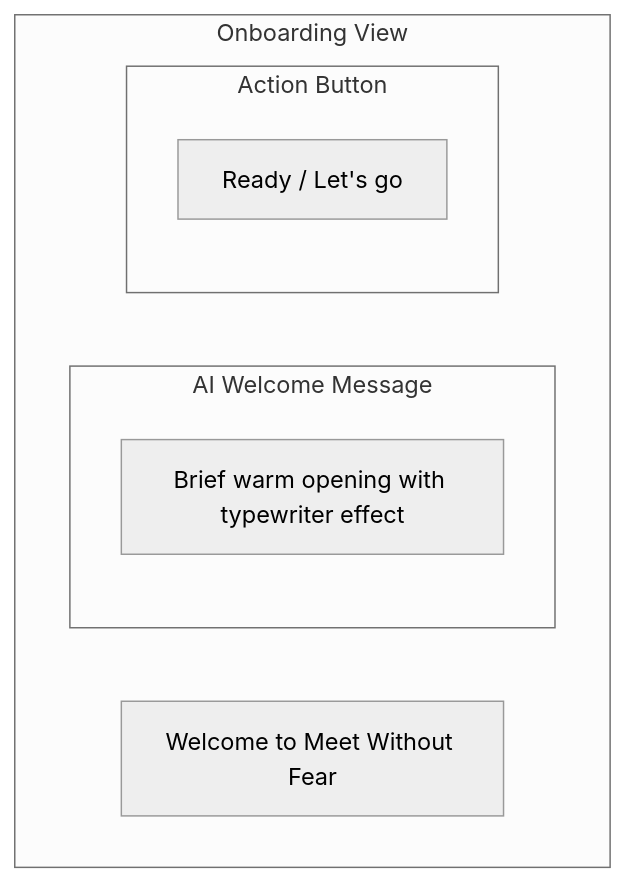
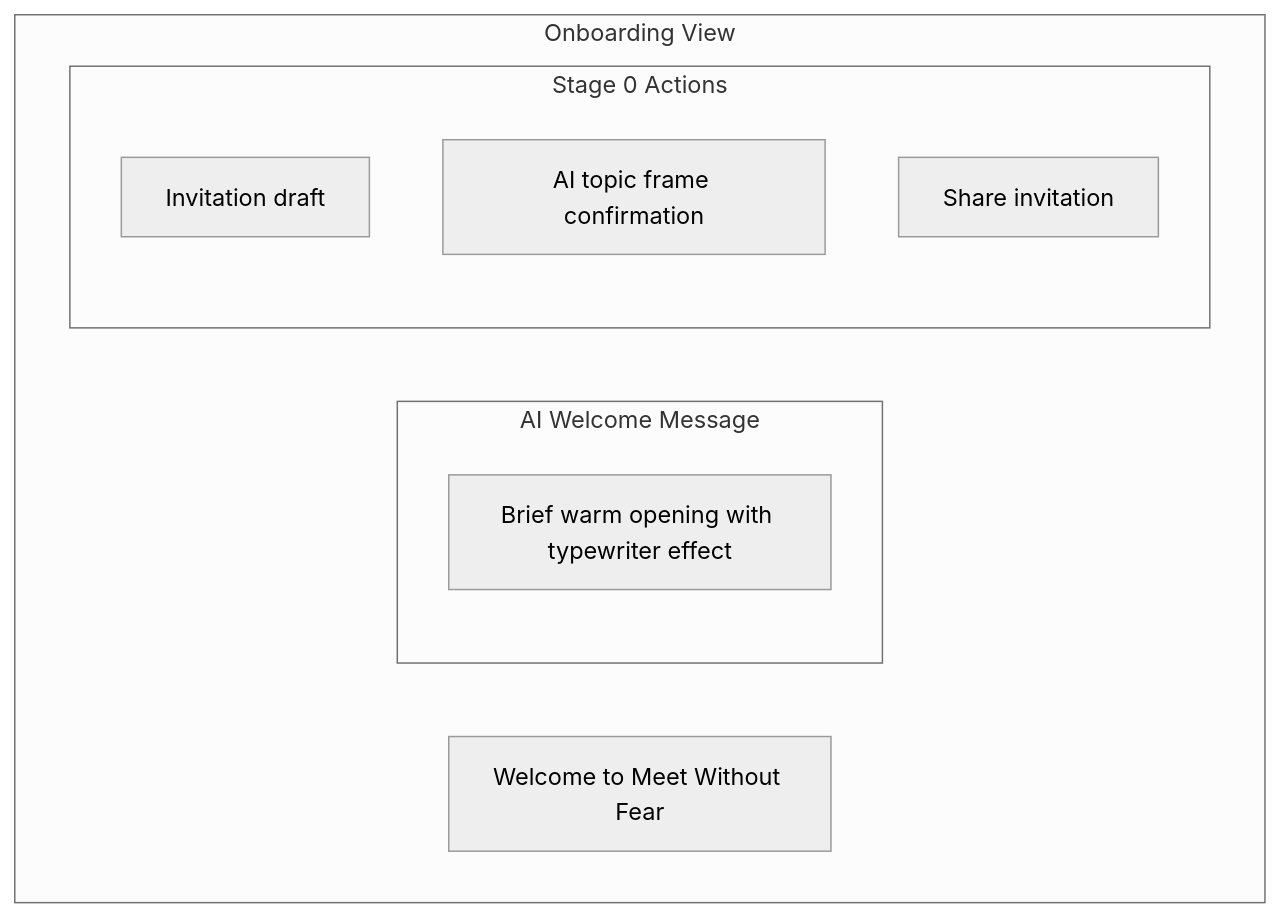
One commit to shantamg/meet-without-fear changed the fourth of 11 diagrams in docs/mobile/wireframes/chat-interface.md. Above: the diagram before and after it, drawn with Mermaid (neutral theme). The commit also changed other lines of this file and 10 other files, not shown here.

Commit message:
docs(topic-frame): address doc impact check

````diff
--- a/docs/mobile/wireframes/chat-interface.md
+++ b/docs/mobile/wireframes/chat-interface.md
@@ -85,14 +85,16 @@
 ```mermaid
 flowchart TB
     subgraph OnboardingChat[Onboarding View]
         Header0[Welcome to Meet Without Fear]
 
         subgraph Content0[AI Welcome Message]
             Message[Brief warm opening with typewriter effect]
         end
 
-        subgraph Actions0[Action Button]
-            Ready[Ready / Let's go]
+        subgraph Actions0[Stage 0 Actions]
+            Draft[Invitation draft]
+            Topic[AI topic frame confirmation]
+            Share[Share invitation]
         end
     end
 ```
````
